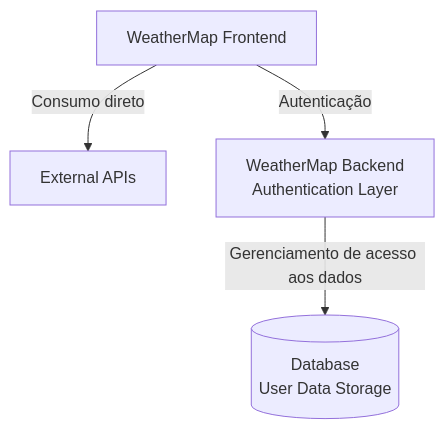
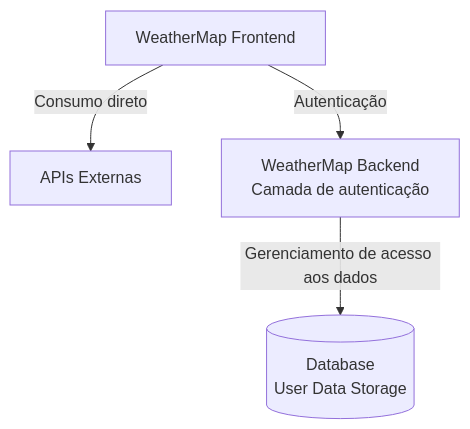
The diagram in README.md (fcopobox/MVP3_FS_Front-End), drawn with Mermaid before and after one commit.

Commit message:
Update API and Backend labels in README

````diff
--- a/README.md
+++ b/README.md
@@ -348,15 +348,15 @@
 ```mermaid
 flowchart TD
 
     FE[WeatherMap Frontend]
 
-    API[External APIs]
+    API[APIs Externas]
 
-    BE[WeatherMap Backend<br/>Authentication Layer]
+    BE[WeatherMap Backend<br/>Camada de autenticação]
 
     DB[(Database<br/>User Data Storage)]
 
     FE -->|Consumo direto| API
     FE -->|Autenticação| BE
     BE -->|Gerenciamento de acesso aos dados| DB
 ```
````
